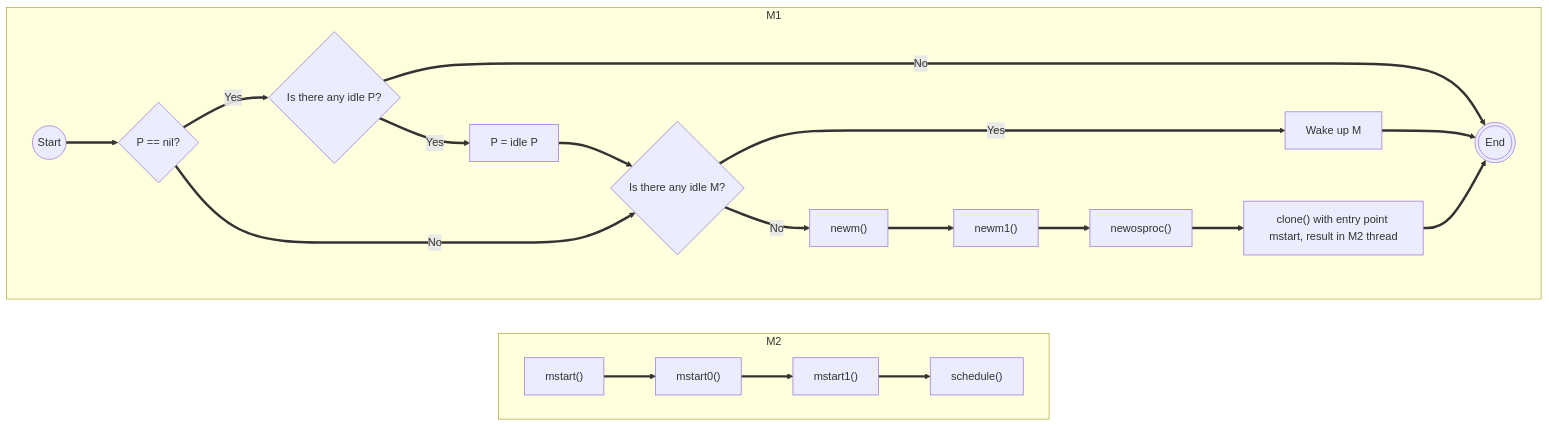
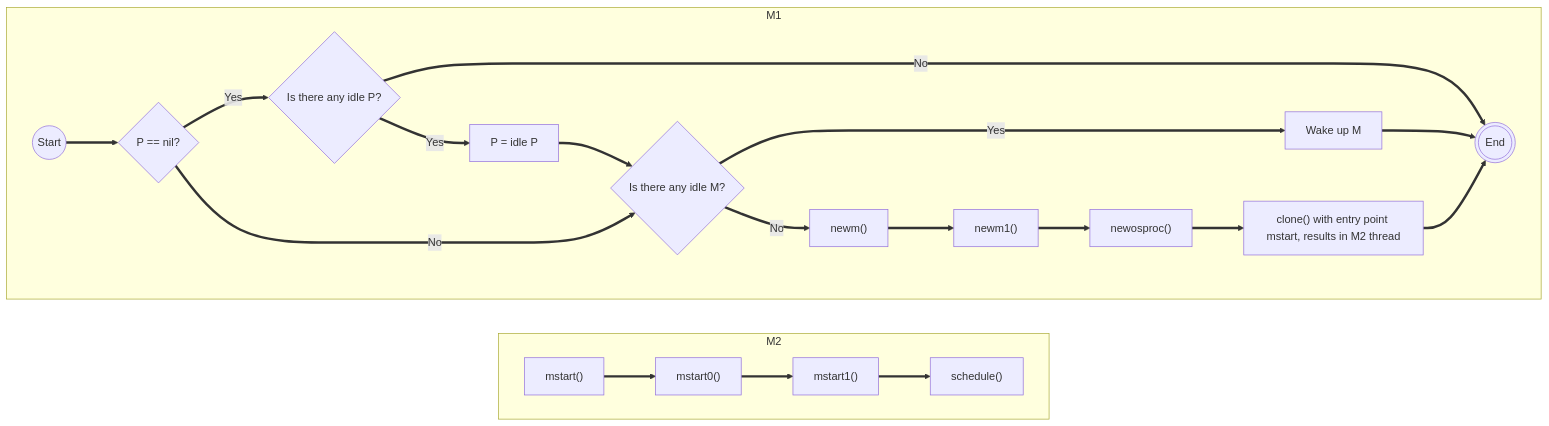
The third of 3 diagrams in _posts/2025-04-15-go-scheduler.md (nghiant3223/nghiant3223.github.io), drawn with Mermaid before and after one commit. The commit also changed 2 other files, not shown here.

```diff
--- a/_posts/2025-04-15-go-scheduler.md
+++ b/_posts/2025-04-15-go-scheduler.md
@@ -1002,27 +1002,27 @@
                 <pre class="mermaid" style="margin: unset">
 
 flowchart LR
     subgraph M2
     direction LR
         mstart["mstart()"] ==> mstart0["mstart0()"]
         mstart0 ==> mstart1["mstart1()"]
         mstart1 ==> schedule["schedule()"]
     end
     subgraph M1
         direction LR
         start((Start)) ==> check_p{P == nil?}
         check_p ==> |Yes|check_idle_p{Is there any idle P?}
         check_idle_p ==> |No|_end(((End)))
         check_idle_p ==> |Yes|assign_p[P = idle P]
         check_p ==> |No|check_idle_m{Is there any idle M?}
         assign_p ==> check_idle_m
         check_idle_m ==> |Yes|wakeup_m[Wake up M]
         wakeup_m ==> _end
         check_idle_m ==> |No|newm["newm()"]
         newm ==> newm1["newm1()"]
         newm1 ==> newosproc["newosproc()"]
-        newosproc ==> clone["clone() with entry point mstart, result in M2 thread"]
+        newosproc ==> clone["clone() with entry point mstart, results in M2 thread"]
         clone ==> _end
     end
 
                 </pre>
```
